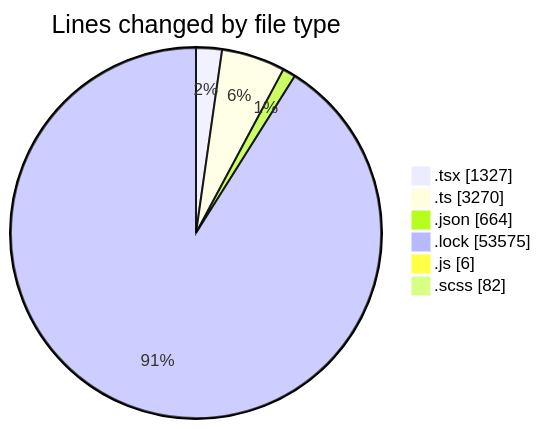
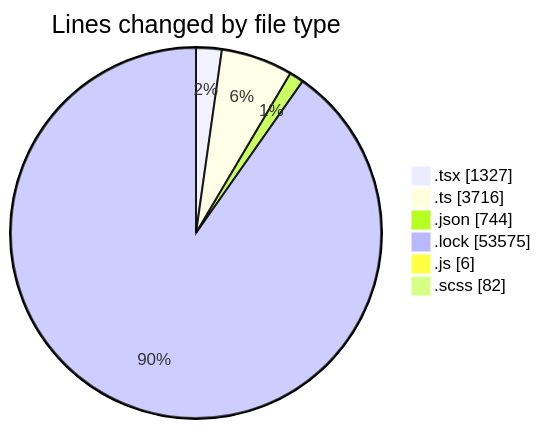
The first of 2 diagrams in 2026-03-27/cda/README.md (momahboobian/code-tracking), drawn with Mermaid before and after one commit. The commit also changed other lines of this file and 1 other file, not shown here.

````diff
--- a/2026-03-27/cda/README.md
+++ b/2026-03-27/cda/README.md
@@ -46,10 +46,10 @@
 ```mermaid
 pie showData
 title Lines changed by file type
 ".tsx" : 1327
-".ts" : 3270
-".json" : 664
+".ts" : 3716
+".json" : 744
 ".lock" : 53575
 ".js" : 6
 ".scss" : 82
 ```
````
